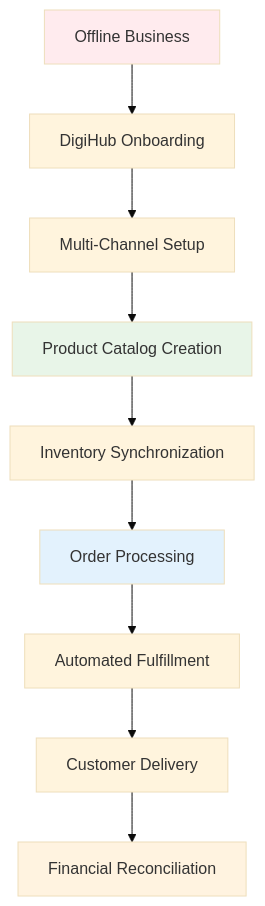
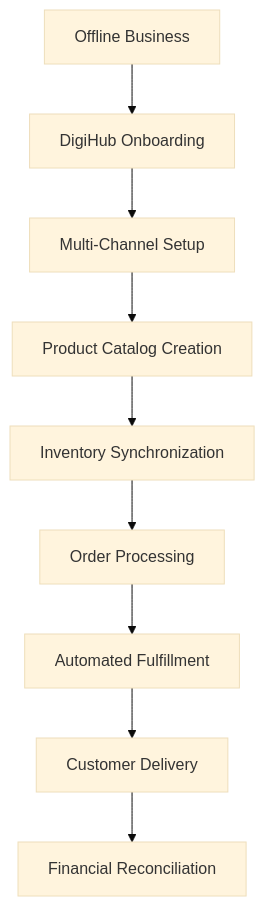
Before and after one commit to sandeepkumar0801/Digihub: the first of 7 diagrams in DigiHub_Readme.md, drawn with Mermaid (base theme). The commit also changed other lines of this file, not shown here.

Commit message:
update style of diagrams

````diff
--- a/DigiHub_Readme.md
+++ b/DigiHub_Readme.md
@@ -114,16 +114,11 @@
 ```mermaid
 graph TD
     A[Offline Business] --> B[DigiHub Onboarding]
     B --> C[Multi-Channel Setup]
     C --> D[Product Catalog Creation]
     D --> E[Inventory Synchronization]
     E --> F[Order Processing]
     F --> G[Automated Fulfillment]
     G --> H[Customer Delivery]
     H --> I[Financial Reconciliation]
-
-    style A fill:#ffebee
-    style D fill:#e8f5e8
-    style F fill:#e3f2fd
-    style I fill:#fff3e0
 ```
````
